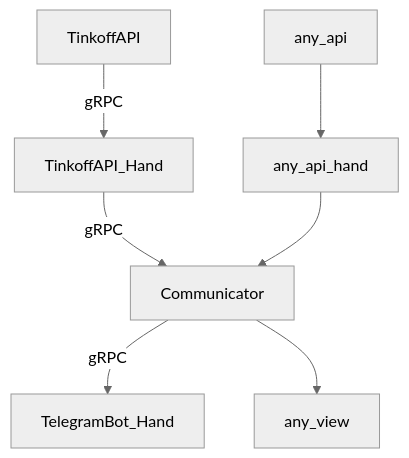
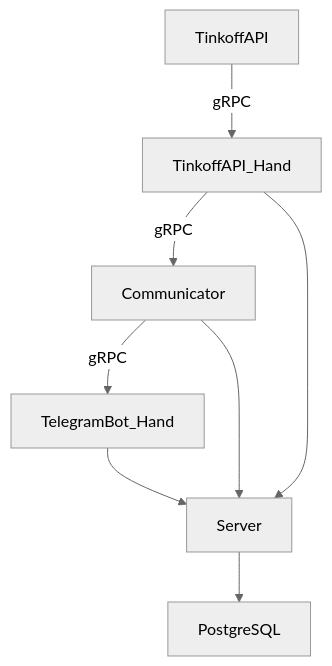
Before and after one commit to valyankilyan/sandbox-market-bot: the diagram in README.md, drawn with Mermaid (neutral theme). The commit also changed other lines of this file, not shown here.

````diff
--- a/README.md
+++ b/README.md
@@ -21,12 +23,12 @@
 ``` mermaid
 graph TD;
     TinkoffAPI --gRPC--> TinkoffAPI_Hand
     TinkoffAPI_Hand --gRPC--> Communicator
+    Communicator --gRPC--> TelegramBot_Hand
 
 
-    any_api --> any_api_hand
-    any_api_hand --> Communicator
-
-    Communicator --gRPC--> TelegramBot_Hand
-    Communicator --> any_view
+    TelegramBot_Hand --> Server
+    TinkoffAPI_Hand --> Server
+    Communicator --> Server    
+    Server --> PostgreSQL
 ```
````
